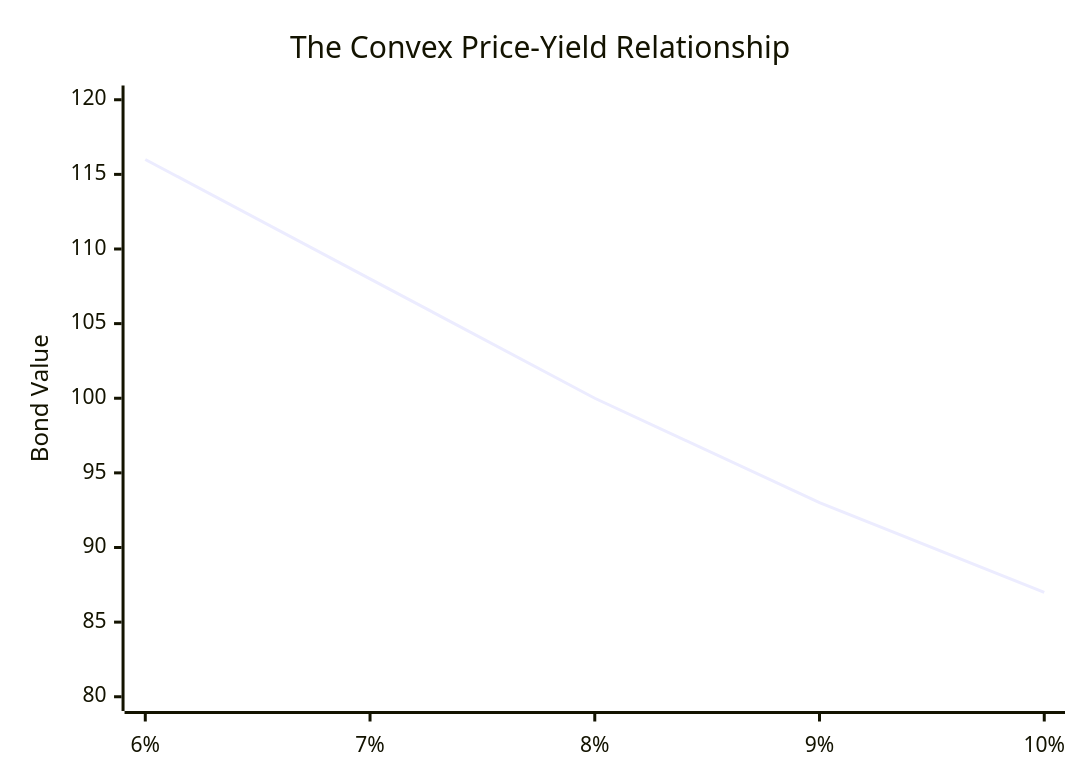
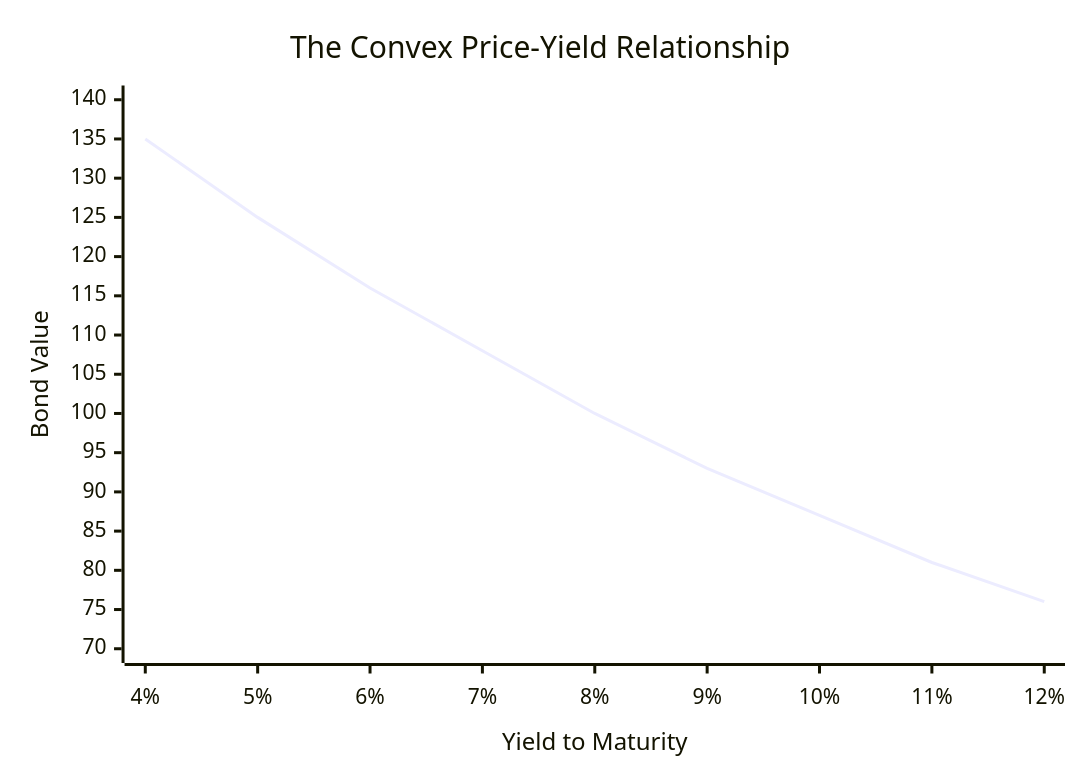
Before and after one commit to agarwalvipin/open_cfa: the second of 2 diagrams in docs/LOS/Fixed Income/Reading 52.md, drawn with Mermaid. The commit also changed other lines of this file and 4 other files, not shown here.

````diff
--- a/docs/LOS/Fixed Income/Reading 52.md
+++ b/docs/LOS/Fixed Income/Reading 52.md
@@ -98,9 +95,9 @@
 ```mermaid
 ---
 title: The Convex Price-Yield Relationship
 ---
 xychart-beta
-    x-axis ["6%", "7%", "8%", "9%", "10%"]
-    y-axis "Bond Value" 80 --> 120
-    line [116, 108, 100, 93, 87]
+  x-axis "Yield to Maturity" ["4%", "5%", "6%", "7%", "8%", "9%", "10%", "11%", "12%"]
+  y-axis "Bond Value" 70 --> 140
+  line [135, 125, 116, 108, 100, 93, 87, 81, 76]
 ```
````
